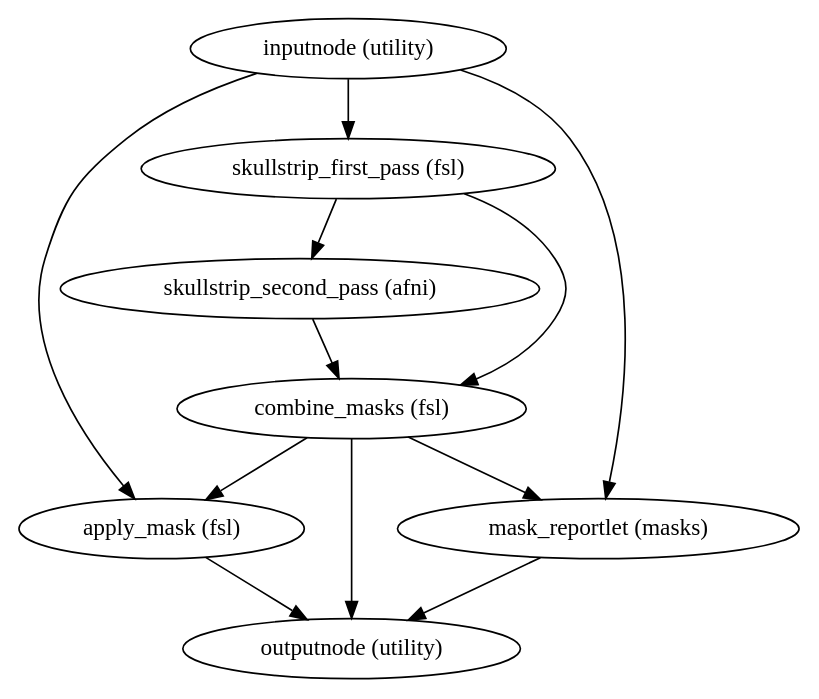
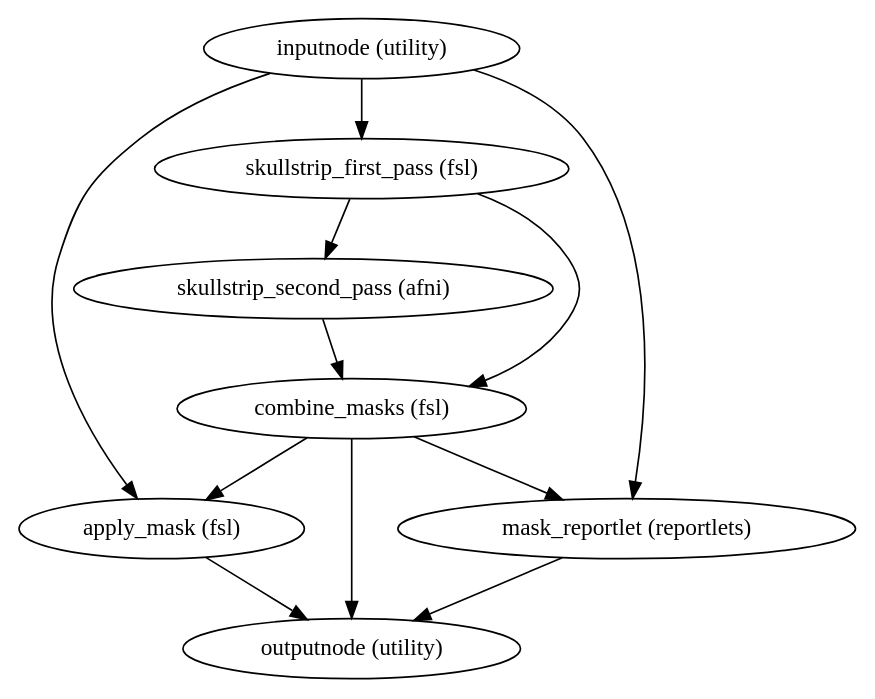
One commit to notZaki/niworkflows changed the diagram in 1.2.9/wf_directive/api/skullstrip_bold_wf/niworkflows-func-util-3.dot. Above: the diagram before and after it, drawn with Graphviz. The commit also changed 12515 other files, not shown here.

```diff
--- a/1.2.9/wf_directive/api/skullstrip_bold_wf/niworkflows-func-util-3.dot
+++ b/1.2.9/wf_directive/api/skullstrip_bold_wf/niworkflows-func-util-3.dot
@@ -1,20 +1,20 @@
 strict digraph  {
 "inputnode (utility)";
 "skullstrip_first_pass (fsl)";
 "apply_mask (fsl)";
-"mask_reportlet (masks)";
+"mask_reportlet (reportlets)";
 "skullstrip_second_pass (afni)";
 "combine_masks (fsl)";
 "outputnode (utility)";
 "inputnode (utility)" -> "skullstrip_first_pass (fsl)";
 "inputnode (utility)" -> "apply_mask (fsl)";
-"inputnode (utility)" -> "mask_reportlet (masks)";
+"inputnode (utility)" -> "mask_reportlet (reportlets)";
 "skullstrip_first_pass (fsl)" -> "skullstrip_second_pass (afni)";
 "skullstrip_first_pass (fsl)" -> "combine_masks (fsl)";
 "apply_mask (fsl)" -> "outputnode (utility)";
-"mask_reportlet (masks)" -> "outputnode (utility)";
+"mask_reportlet (reportlets)" -> "outputnode (utility)";
 "skullstrip_second_pass (afni)" -> "combine_masks (fsl)";
 "combine_masks (fsl)" -> "outputnode (utility)";
 "combine_masks (fsl)" -> "apply_mask (fsl)";
-"combine_masks (fsl)" -> "mask_reportlet (masks)";
+"combine_masks (fsl)" -> "mask_reportlet (reportlets)";
 }
```
